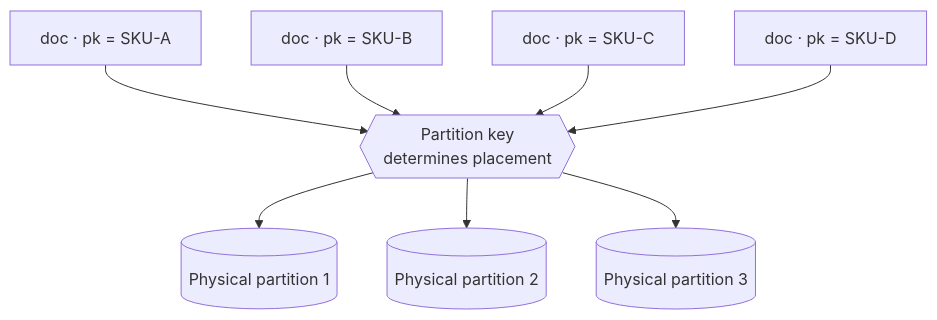
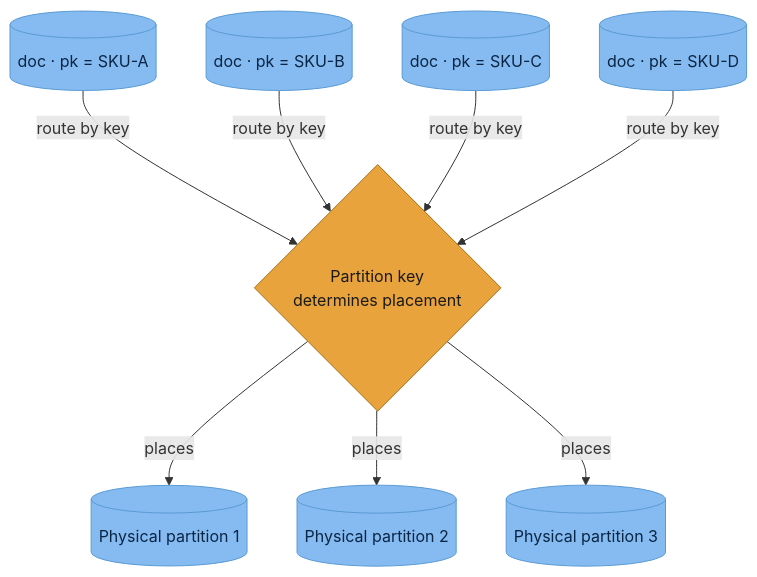
One commit to seesathish/AntKart-Src3 changed the third of 4 diagrams in docs/guides/cosmosdb-concepts.md. Above: the diagram before and after it, drawn with Mermaid. The commit also changed other lines of this file and 4 other files, not shown here.

First line of the commit message:
docs: standardise all concept-guide Mermaid diagrams to one visual standard

````diff
--- a/docs/guides/cosmosdb-concepts.md
+++ b/docs/guides/cosmosdb-concepts.md
@@ -118,10 +141,20 @@
 ```mermaid
-flowchart TD
-    d1[doc · pk = SKU-A] --> H{{Partition key<br/>determines placement}}
-    d2[doc · pk = SKU-B] --> H
-    d3[doc · pk = SKU-C] --> H
-    d4[doc · pk = SKU-D] --> H
-    H --> P1[(Physical partition 1)]
-    H --> P2[(Physical partition 2)]
-    H --> P3[(Physical partition 3)]
+flowchart TB
+    d1[(doc · pk = SKU-A)] -->|route by key| H{Partition key<br/>determines placement}
+    d2[(doc · pk = SKU-B)] -->|route by key| H
+    d3[(doc · pk = SKU-C)] -->|route by key| H
+    d4[(doc · pk = SKU-D)] -->|route by key| H
+    H -->|places| P1[(Physical partition 1)]
+    H -->|places| P2[(Physical partition 2)]
+    H -->|places| P3[(Physical partition 3)]
+
+    classDef actor   fill:#08427B,stroke:#052c54,color:#ffffff;
+    classDef primary fill:#1168BD,stroke:#0b4a87,color:#ffffff;
+    classDef service fill:#438DD5,stroke:#2d6ca3,color:#ffffff;
+    classDef data    fill:#85BBF0,stroke:#5a9bd4,color:#0b2545;
+    classDef external fill:#8B8B8B,stroke:#5f5f5f,color:#ffffff;
+    classDef focus   fill:#E8A33D,stroke:#a96f16,color:#1a1a1a;
+
+    class d1,d2,d3,d4,P1,P2,P3 data
+    class H focus
 ```
````
